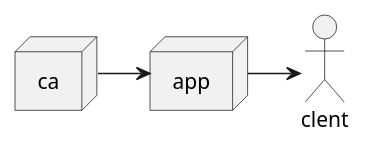
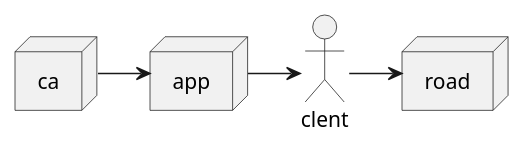
The diagram in test.iuml (Vivekyadavgithub/PlantUML-tut), drawn with PlantUML before and after one commit.

```diff
--- a/test.iuml
+++ b/test.iuml
@@ -1,8 +1,10 @@
 @startuml
 actor clent
 node app
 node ca
+node road
 
 ca -> app
 app -> clent
+clent -> road
 @enduml
```
